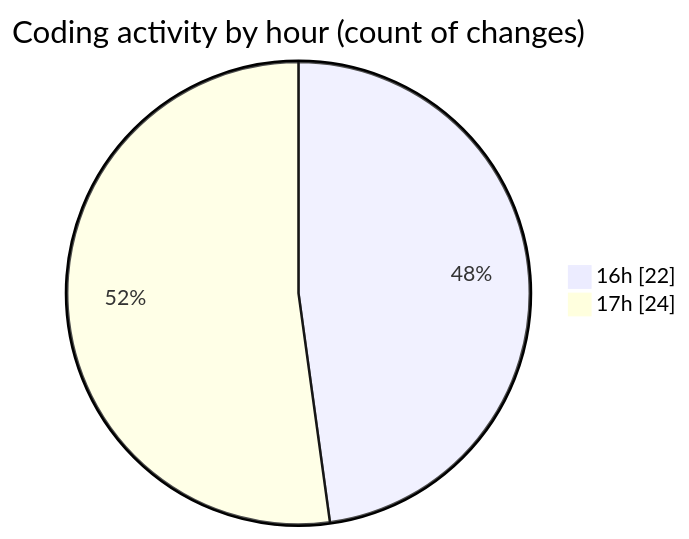
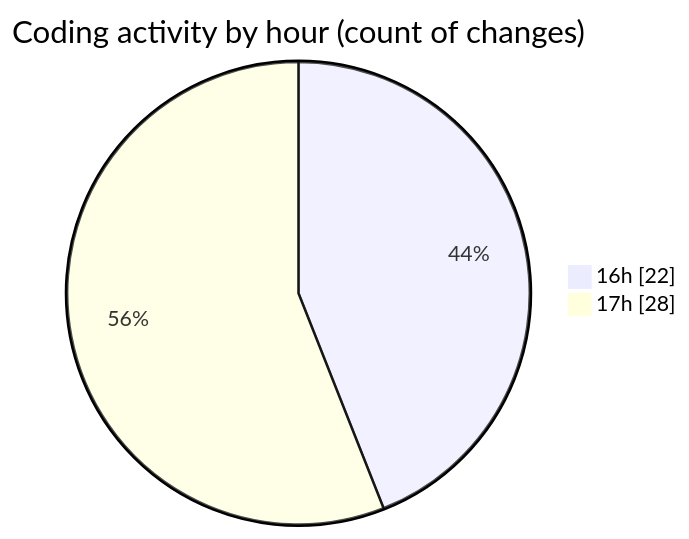
One commit to becaeroporto-bot/code-tracking changed the second of 2 diagrams in 2026-02-17/bot_v1_2/README.md. Above: the diagram before and after it, drawn with Mermaid. The commit also changed other lines of this file and 1 other file, not shown here.

````diff
--- a/2026-02-17/bot_v1_2/README.md
+++ b/2026-02-17/bot_v1_2/README.md
@@ -45,6 +47,6 @@
 ```mermaid
 pie showData
 title Coding activity by hour (count of changes)
 "16h" : 22
-"17h" : 24
+"17h" : 28
 ```
````
